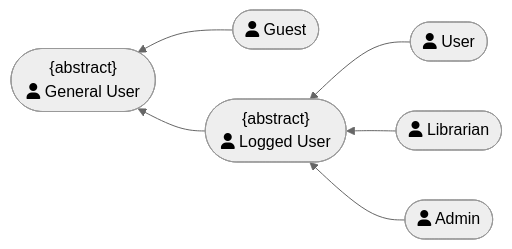
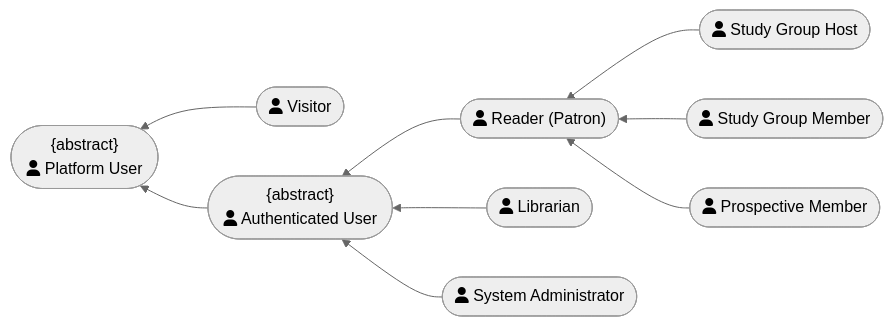
The first of 9 diagrams in docs/management/PA4/Use-CaseDiagram.md (DuyNhat1705/AmeThyst-Library), drawn with Mermaid (neutral theme) before and after one commit. The commit also changed other lines of this file and 13 other files, not shown here.

Commit message:
Refractor PA4 for final commit and Rewrite TestReport for CreateStudyGroup

````diff
--- a/docs/management/PA4/Use-CaseDiagram.md
+++ b/docs/management/PA4/Use-CaseDiagram.md
@@ -28,20 +29,21 @@
 ```mermaid
 flowchart RL
-    %% Abstract Parent Actors
-    GeneralUser(["<center>{abstract} <br> fa:fa-user General User</center>"])
-    LoggedUser(["<center>{abstract} <br> fa:fa-user Logged User</center>"])
+    PlatformUser(["<center>{abstract}<br/>fa:fa-user Platform User</center>"])
+    Visitor(["<center>fa:fa-user Visitor</center>"])
+    AuthenticatedUser(["<center>{abstract}<br/>fa:fa-user Authenticated User</center>"])
+    Reader(["<center>fa:fa-user Reader (Patron)</center>"])
+    Librarian(["<center>fa:fa-user Librarian</center>"])
+    Admin(["<center>fa:fa-user System Administrator</center>"])
+    Host(["<center>fa:fa-user Study Group Host</center>"])
+    Member(["<center>fa:fa-user Study Group Member</center>"])
+    Applicant(["<center>fa:fa-user Prospective Member</center>"])
 
-    %% Concrete Actors
-    Guest([fa:fa-user Guest])
-    User([fa:fa-user User])
-    Librarian([fa:fa-user Librarian])
-    Admin([fa:fa-user Admin])
-
-    %% Hierarchy (Child --> Parent)
-    Guest --> GeneralUser
-    LoggedUser --> GeneralUser
-    
-    User --> LoggedUser
-    Librarian --> LoggedUser
-    Admin --> LoggedUser
+    Visitor --> PlatformUser
+    AuthenticatedUser --> PlatformUser
+    Reader --> AuthenticatedUser
+    Librarian --> AuthenticatedUser
+    Admin --> AuthenticatedUser
+    Host --> Reader
+    Member --> Reader
+    Applicant --> Reader
 ```
````
